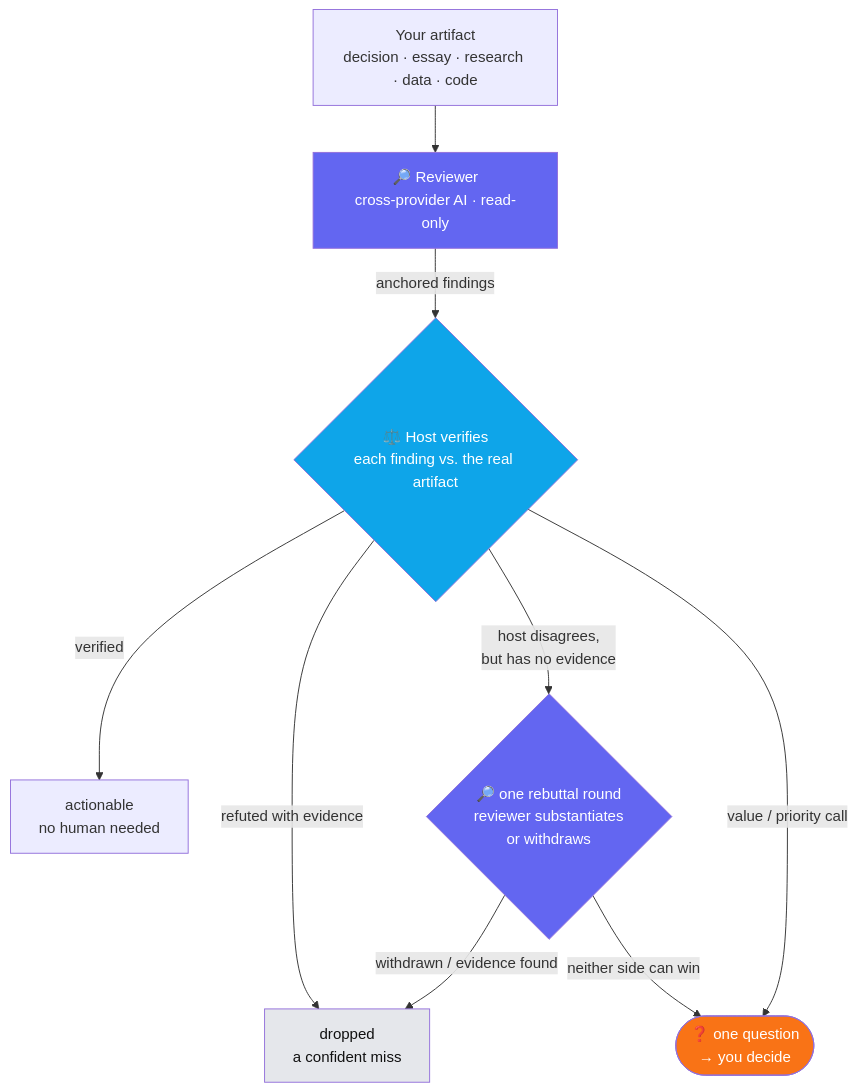
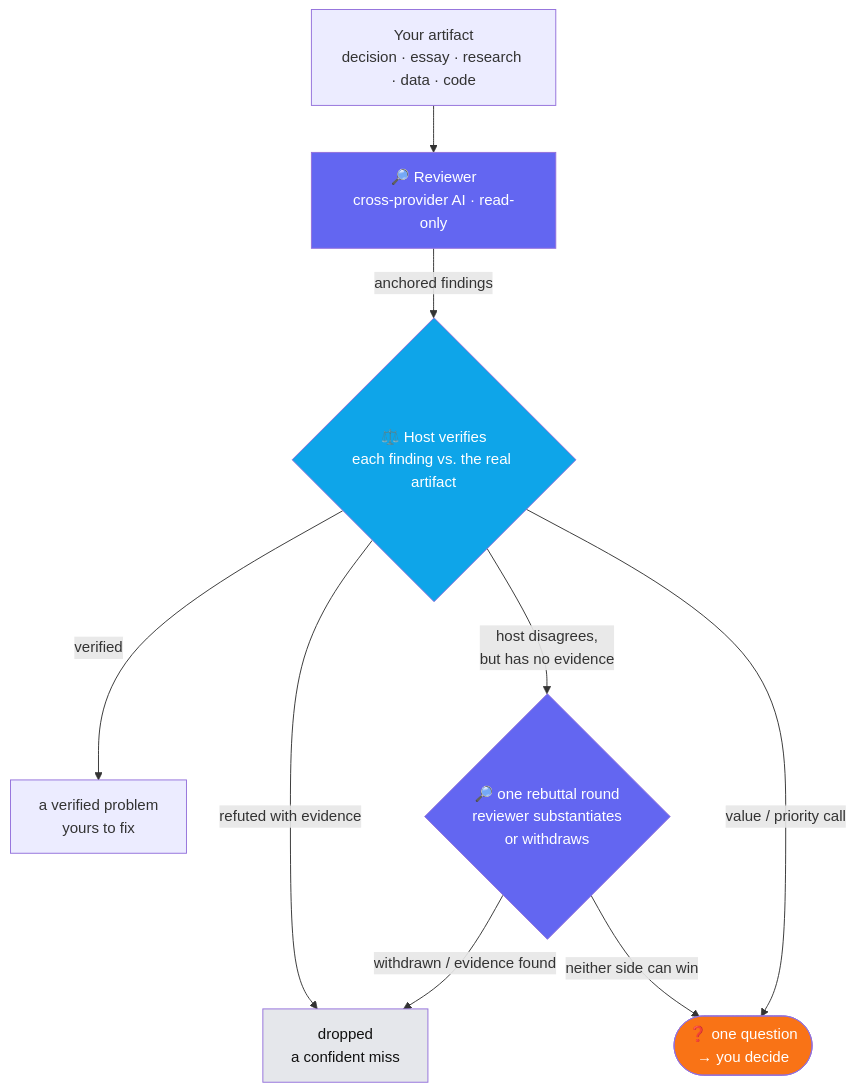
One commit to windaddict/impasse changed the first of 2 diagrams in README.md. Above: the diagram before and after it, drawn with Mermaid. The commit also changed other lines of this file, not shown here.

````diff
--- a/README.md
+++ b/README.md
@@ -11,16 +11,16 @@
 ```mermaid
 flowchart TB
     A["Your artifact<br/>decision · essay · research · data · code"] --> R["🔎 Reviewer<br/>cross-provider AI · read-only"]
     R -->|"anchored findings"| V{"⚖️ Host verifies<br/>each finding vs. the real artifact"}
-    V -->|"verified"| F["actionable<br/>no human needed"]
+    V -->|"verified"| F["a verified problem<br/>yours to fix"]
     V -->|"refuted with evidence"| X["dropped<br/>a confident miss"]
     V -->|"host disagrees,<br/>but has no evidence"| RB{"🔎 one rebuttal round<br/>reviewer substantiates<br/>or withdraws"}
     V -->|"value / priority call"| Q(["❓ one question<br/>→ you decide"])
     RB -->|"withdrawn / evidence found"| X
     RB -->|"neither side can win"| Q
     style R fill:#6366f1,color:#fff
     style RB fill:#6366f1,color:#fff
     style V fill:#0ea5e9,color:#fff
     style Q fill:#f97316,color:#fff
     style X fill:#e5e7eb,color:#111
 ```
````
